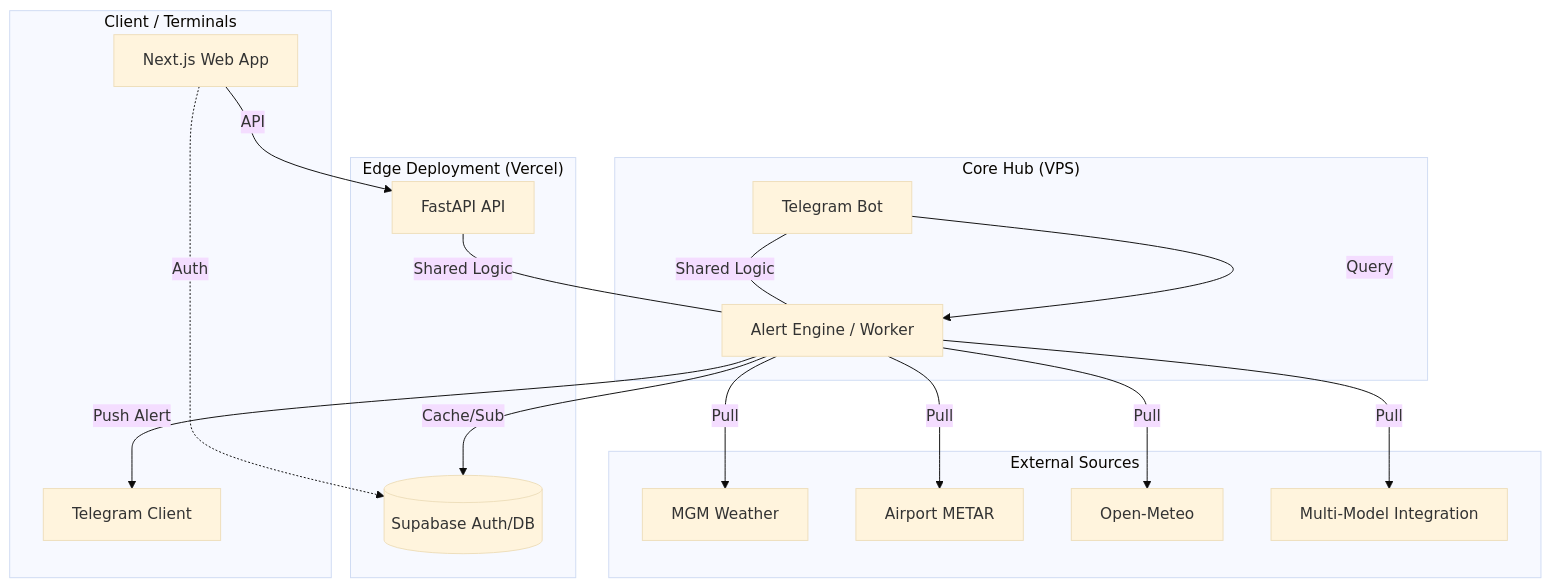
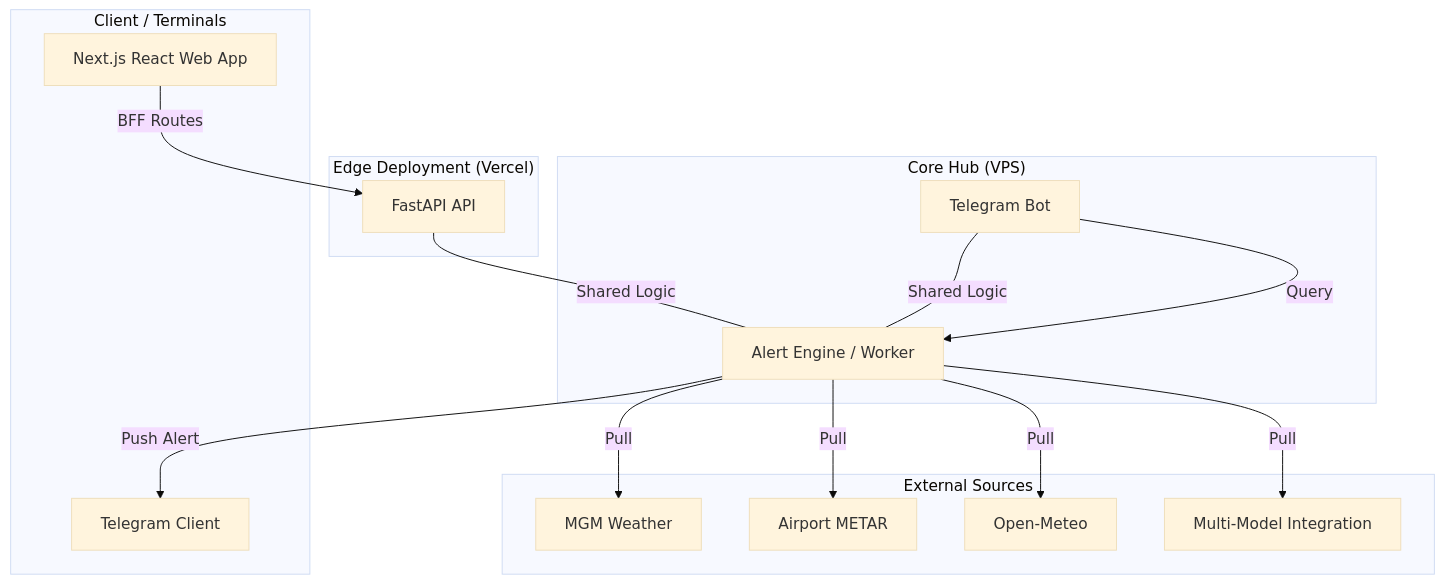
One commit to ivanmladek/PolyWeather changed the diagram in README.md. Above: the diagram before and after it, drawn with Mermaid (base theme). The commit also changed other lines of this file and 5 other files, not shown here.

Commit message:
feat: fully migrate frontend to a React component-driven architecture and expand project documentation.

````diff
--- a/README.md
+++ b/README.md
@@ -89,28 +91,26 @@
 ```mermaid
 graph TD
     subgraph "Client / Terminals"
-        Web[Next.js Web App]
+        Web[Next.js React Web App]
         TG[Telegram Client]
     end
 
     subgraph "Edge Deployment (Vercel)"
-        Web -.-> |Auth| Supa[(Supabase Auth/DB)]
-        Web --> |API| Fast[FastAPI API]
+        Web --> |BFF Routes| Fast[FastAPI API]
     end
 
     subgraph "Core Hub (VPS)"
         Fast --- |Shared Logic| Worker[Alert Engine / Worker]
         Bot[Telegram Bot] --- |Shared Logic| Worker
-        Worker --> |Cache/Sub| Supa
     end
 
     subgraph "External Sources"
         Worker --> |Pull| MGM[MGM Weather]
         Worker --> |Pull| METAR[Airport METAR]
         Worker --> |Pull| OM[Open-Meteo]
         Worker --> |Pull| MM[Multi-Model Integration]
     end
 
     Worker --> |Push Alert| TG
     Bot --> |Query| Worker
 ```
````
